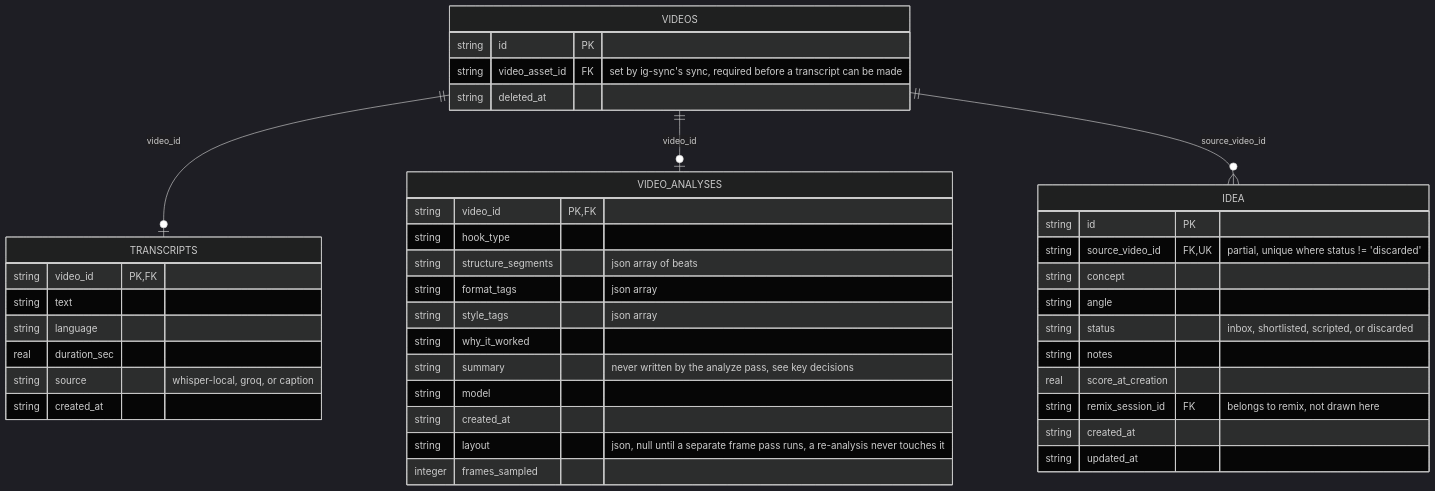
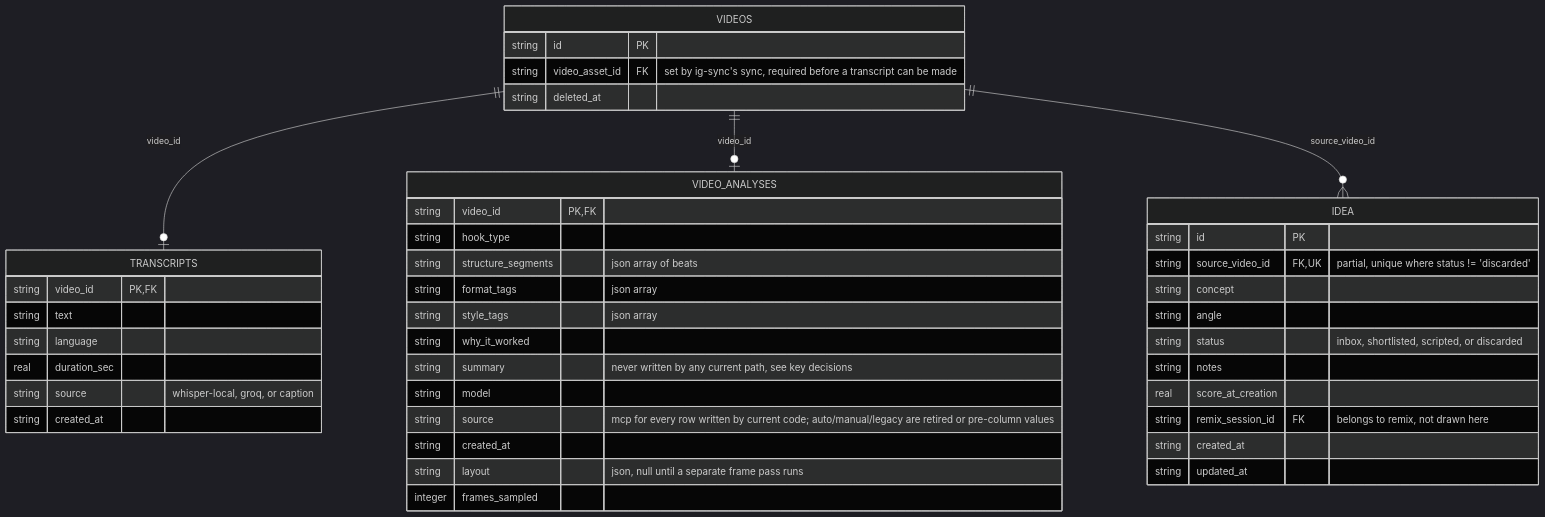
Before and after one commit to Kaiships-ai/crowsnest: the first of 2 diagrams in documents/architect/core-components/analyze/02-architecture.md, drawn with Mermaid (dark theme). The commit also changed other lines of this file and 22 other files, not shown here.

````diff
--- a/documents/architect/core-components/analyze/02-architecture.md
+++ b/documents/architect/core-components/analyze/02-architecture.md
@@ -28,45 +26,46 @@
 ```mermaid
 erDiagram
     VIDEOS ||--o| TRANSCRIPTS : "video_id"
     VIDEOS ||--o| VIDEO_ANALYSES : "video_id"
     VIDEOS ||--o{ IDEA : "source_video_id"
 
     VIDEOS {
         string id PK
         string video_asset_id FK "set by ig-sync's sync, required before a transcript can be made"
         string deleted_at
     }
     TRANSCRIPTS {
         string video_id PK, FK
         string text
         string language
         real duration_sec
         string source "whisper-local, groq, or caption"
         string created_at
     }
     VIDEO_ANALYSES {
         string video_id PK, FK
         string hook_type
         string structure_segments "json array of beats"
         string format_tags "json array"
         string style_tags "json array"
         string why_it_worked
-        string summary "never written by the analyze pass, see key decisions"
+        string summary "never written by any current path, see key decisions"
         string model
+        string source "mcp for every row written by current code; auto/manual/legacy are retired or pre-column values"
         string created_at
-        string layout "json, null until a separate frame pass runs, a re-analysis never touches it"
+        string layout "json, null until a separate frame pass runs"
         integer frames_sampled
     }
     IDEA {
         string id PK
         string source_video_id FK, UK "partial, unique where status != 'discarded'"
         string concept
         string angle
         string status "inbox, shortlisted, scripted, or discarded"
         string notes
         real score_at_creation
         string remix_session_id FK "belongs to remix, not drawn here"
         string created_at
         string updated_at
     }
 ```
````
